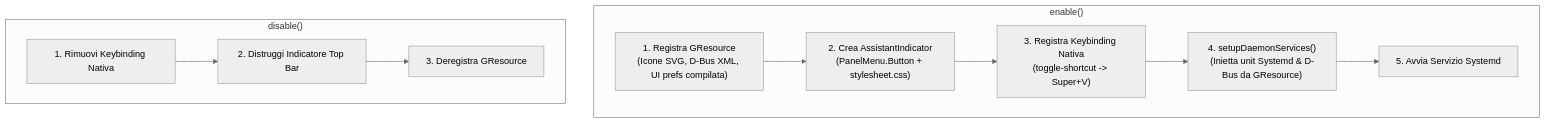
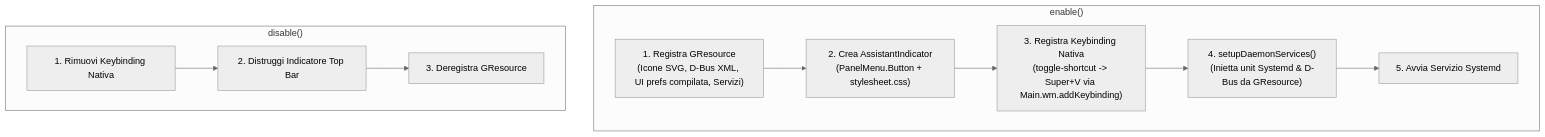
Before and after one commit to Scroker/voice-assistant: the third of 3 diagrams in docs/architecture.md, drawn with Mermaid (neutral theme). The commit also changed other lines of this file, not shown here.

Commit message:
docs(architecture): restore full technical depth while preserving Mermaid diagrams and architecture updates

````diff
--- a/docs/architecture.md
+++ b/docs/architecture.md
@@ -75,14 +120,14 @@
 ```mermaid
 flowchart TD
     subgraph enable ["enable()"]
-        A1["1. Registra GResource<br/>(Icone SVG, D-Bus XML, UI prefs compilata)"] --> A2["2. Crea AssistantIndicator<br/>(PanelMenu.Button + stylesheet.css)"]
-        A2 --> A3["3. Registra Keybinding Nativa<br/>(toggle-shortcut -> Super+V)"]
+        A1["1. Registra GResource<br/>(Icone SVG, D-Bus XML, UI prefs compilata, Servizi)"] --> A2["2. Crea AssistantIndicator<br/>(PanelMenu.Button + stylesheet.css)"]
+        A2 --> A3["3. Registra Keybinding Nativa<br/>(toggle-shortcut -> Super+V via Main.wm.addKeybinding)"]
         A3 --> A4["4. setupDaemonServices()<br/>(Inietta unit Systemd & D-Bus da GResource)"]
         A4 --> A5["5. Avvia Servizio Systemd"]
     end
 
     subgraph disable ["disable()"]
         B1["1. Rimuovi Keybinding Nativa"] --> B2["2. Distruggi Indicatore Top Bar"]
         B2 --> B3["3. Deregistra GResource"]
     end
 ```
````
